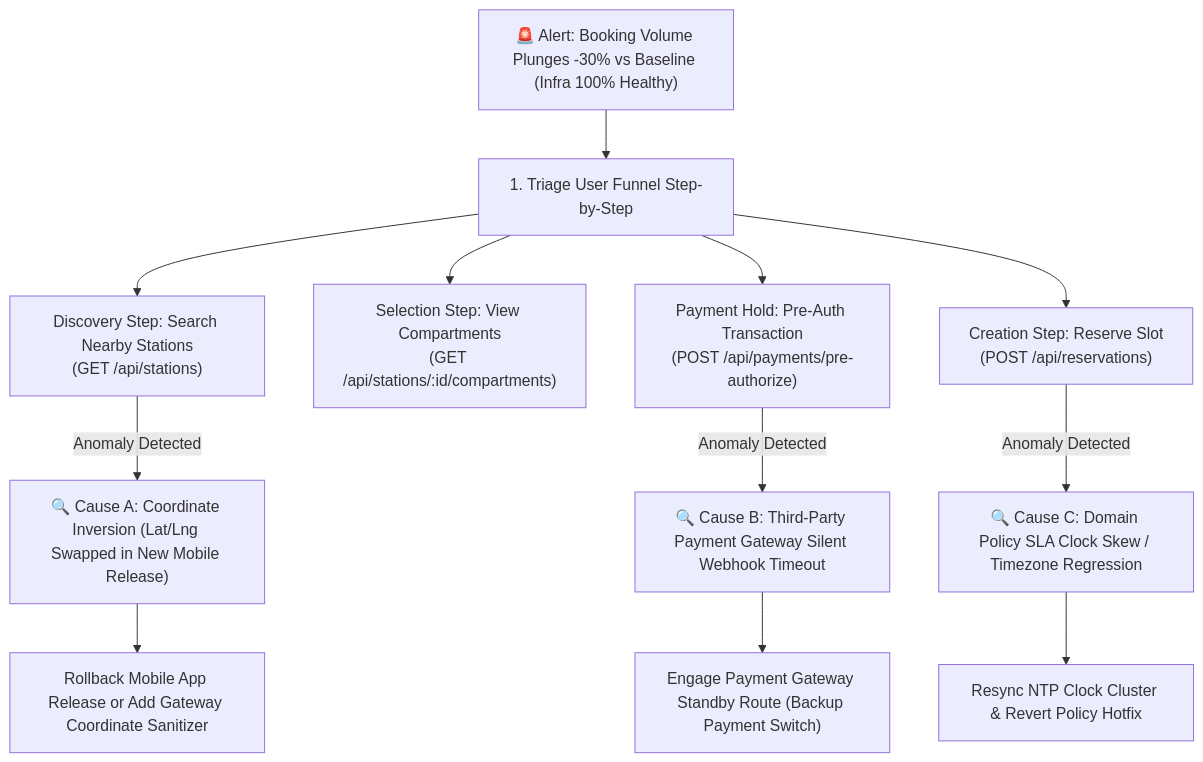
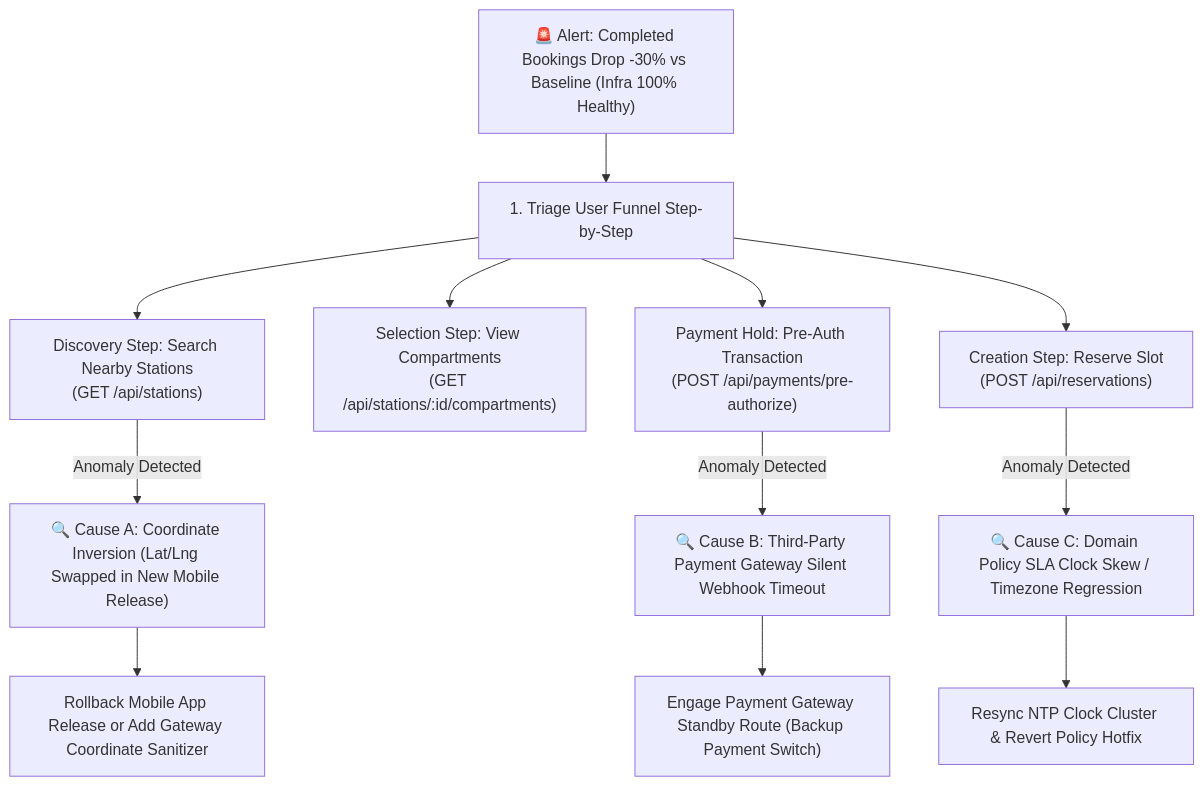
Before and after one commit to napaporn-s/lockgo-platform: the diagram in docs/07_SRE_INCIDENT_RUNBOOK.md, drawn with Mermaid. The commit also changed other lines of this file and 3 other files, not shown here.

Commit message:
fix(docs/erd): เพิ่ม ORDERS entity ใน ERD ครบทุก attributes, เขียน Topic 19 Internal Dev Tooling ใหม่, ขยาย SRE Playbook 7 ครบ 7 มิติ

````diff
--- a/docs/07_SRE_INCIDENT_RUNBOOK.md
+++ b/docs/07_SRE_INCIDENT_RUNBOOK.md
@@ -103,17 +107,17 @@
 ```mermaid
 flowchart TD
-    Alert["🚨 Alert: Booking Volume Plunges -30% vs Baseline (Infra 100% Healthy)"] --> TriageFunnel["1. Triage User Funnel Step-by-Step"]
+    Alert["🚨 Alert: Completed Bookings Drop -30% vs Baseline (Infra 100% Healthy)"] --> TriageFunnel["1. Triage User Funnel Step-by-Step"]
 
     TriageFunnel --> Step1["Discovery Step: Search Nearby Stations\n(GET /api/stations)"]
     TriageFunnel --> Step2["Selection Step: View Compartments\n(GET /api/stations/:id/compartments)"]
     TriageFunnel --> Step3["Payment Hold: Pre-Auth Transaction\n(POST /api/payments/pre-authorize)"]
     TriageFunnel --> Step4["Creation Step: Reserve Slot\n(POST /api/reservations)"]
 
     Step1 -->|Anomaly Detected| CauseA["🔍 Cause A: Coordinate Inversion (Lat/Lng Swapped in New Mobile Release)"]
     Step3 -->|Anomaly Detected| CauseB["🔍 Cause B: Third-Party Payment Gateway Silent Webhook Timeout"]
     Step4 -->|Anomaly Detected| CauseC["🔍 Cause C: Domain Policy SLA Clock Skew / Timezone Regression"]
 
     CauseA --> ActionA["Rollback Mobile App Release or Add Gateway Coordinate Sanitizer"]
     CauseB --> ActionB["Engage Payment Gateway Standby Route (Backup Payment Switch)"]
     CauseC --> ActionC["Resync NTP Clock Cluster & Revert Policy Hotfix"]
 ```
````
